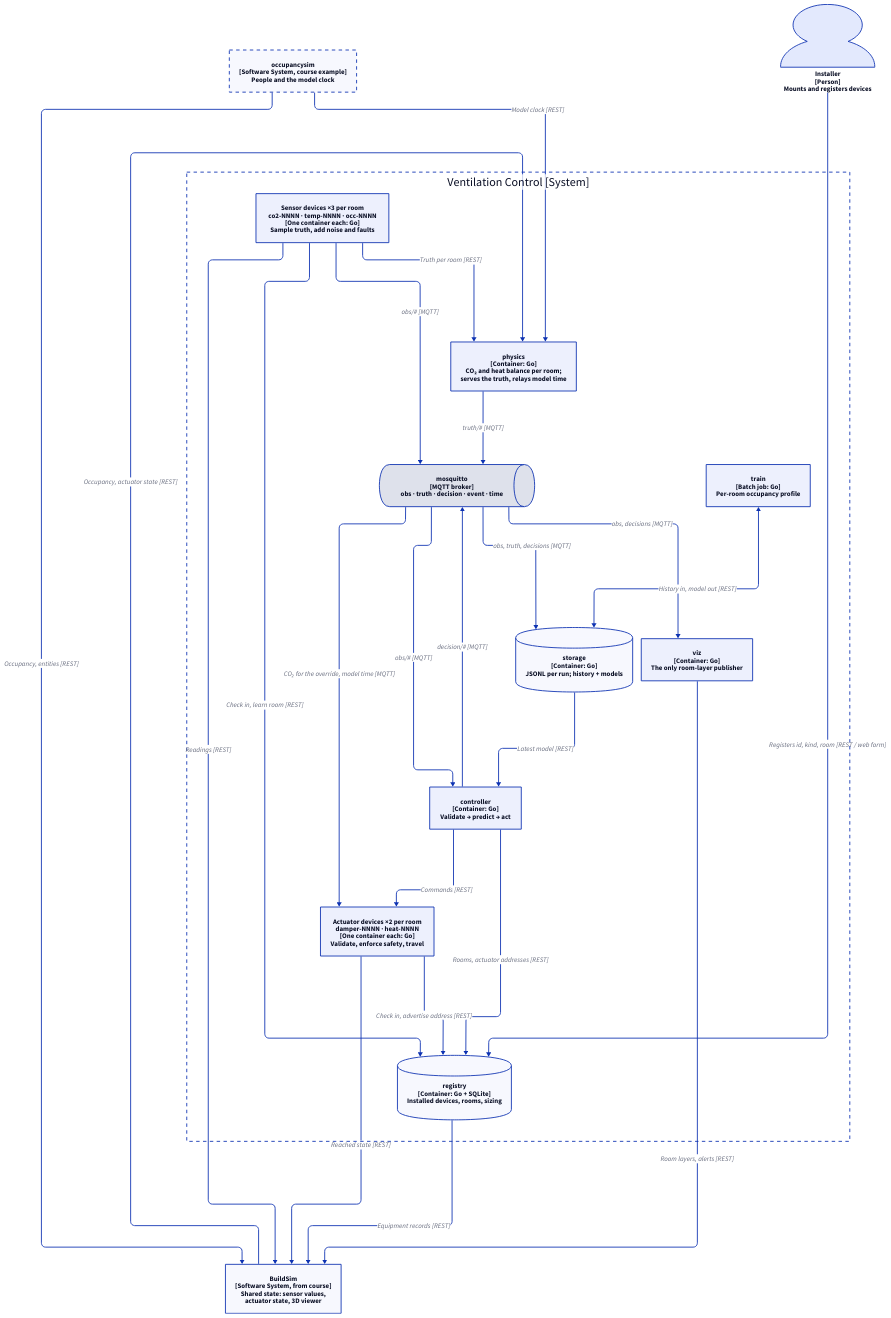
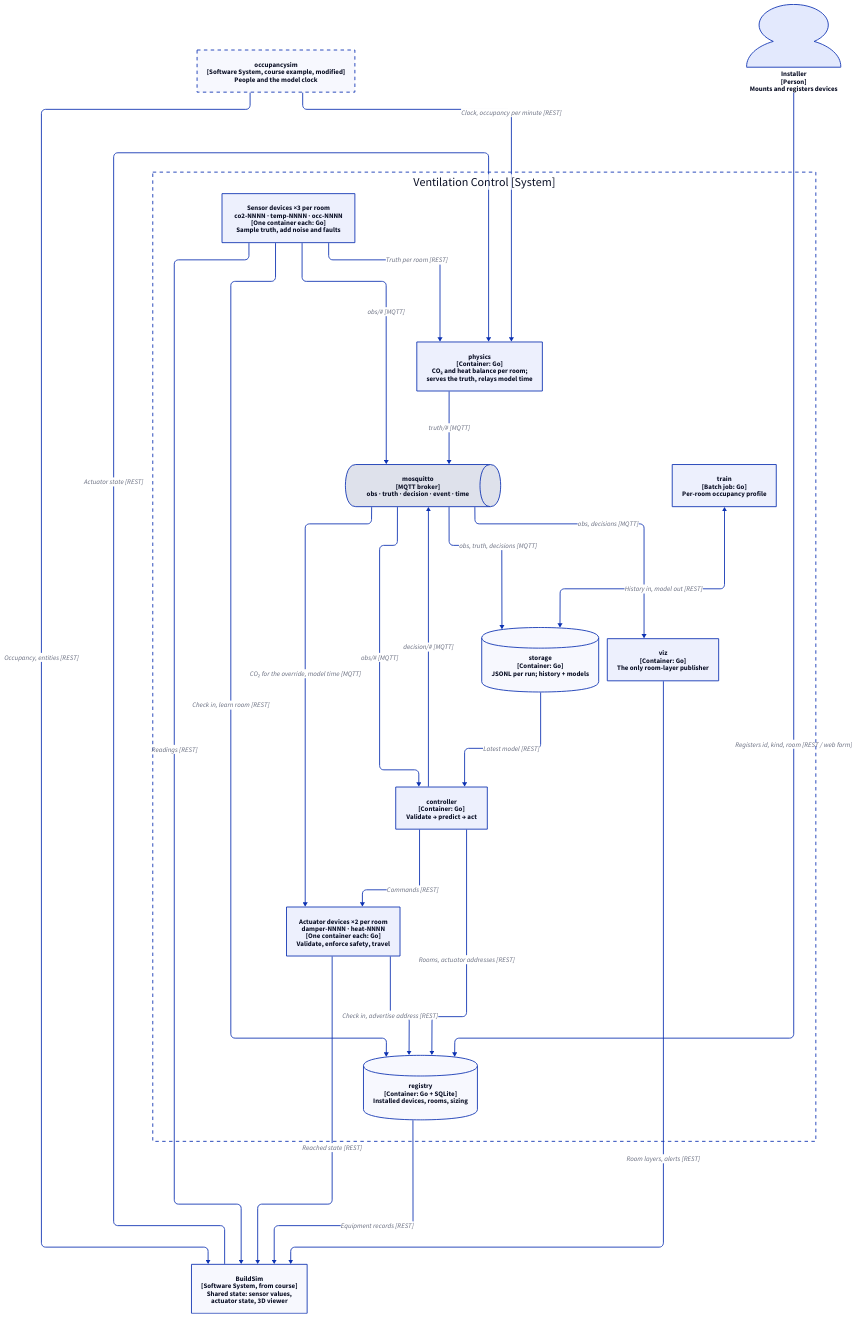
One commit to MisterD0ctor/d7065e-project changed the diagram in docs/diagrams/container.d2. Above: the diagram before and after it, drawn with D2. The commit also changed 27 other files, not shown here.

```diff
--- a/docs/diagrams/container.d2
+++ b/docs/diagrams/container.d2
@@ -1,59 +1,59 @@
 vars: {
   d2-config: {
     layout-engine: elk
   }
 }
 
 direction: down
 
 bs: "BuildSim\n[Software System, from course]\nShared state: sensor values,\nactuator state, 3D viewer"
-occ: "occupancysim\n[Software System, course example]\nPeople and the model clock" {
+occ: "occupancysim\n[Software System, course example, modified]\nPeople and the model clock" {
   style.stroke-dash: 4
 }
 installer: "Installer\n[Person]\nMounts and registers devices" {
   shape: person
 }
 
 sys: "Ventilation Control  [System]" {
   style.stroke-dash: 4
   style.fill: transparent
 
   physics: "physics\n[Container: Go]\nCO₂ and heat balance per room;\nserves the truth, relays model time"
   registry: "registry\n[Container: Go + SQLite]\nInstalled devices, rooms, sizing" {
     shape: cylinder
   }
   sensors: "Sensor devices ×3 per room\nco2-NNNN · temp-NNNN · occ-NNNN\n[One container each: Go]\nSample truth, add noise and faults"
   broker: "mosquitto\n[MQTT broker]\nobs · truth · decision · event · time" {
     shape: queue
   }
   controller: "controller\n[Container: Go]\nValidate → predict → act"
   actuators: "Actuator devices ×2 per room\ndamper-NNNN · heat-NNNN\n[One container each: Go]\nValidate, enforce safety, travel"
   storage: "storage\n[Container: Go]\nJSONL per run; history + models" {
     shape: cylinder
   }
   train: "train\n[Batch job: Go]\nPer-room occupancy profile"
   viz: "viz\n[Container: Go]\nThe only room-layer publisher"
 }
 
 installer -> sys.registry: "Registers id, kind, room [REST / web form]"
 occ -> bs: "Occupancy, entities [REST]"
-occ -> sys.physics: "Model clock [REST]"
-bs -> sys.physics: "Occupancy, actuator state [REST]"
+occ -> sys.physics: "Clock, occupancy per minute [REST]"
+bs -> sys.physics: "Actuator state [REST]"
 sys.sensors -> sys.registry: "Check in, learn room [REST]"
 sys.actuators -> sys.registry: "Check in, advertise address [REST]"
 sys.controller -> sys.registry: "Rooms, actuator addresses [REST]"
 sys.registry -> bs: "Equipment records [REST]"
 sys.sensors -> sys.physics: "Truth per room [REST]"
 sys.sensors -> bs: "Readings [REST]"
 sys.sensors -> sys.broker: "obs/# [MQTT]"
 sys.physics -> sys.broker: "truth/# [MQTT]"
 sys.broker -> sys.controller: "obs/# [MQTT]"
 sys.controller -> sys.broker: "decision/# [MQTT]"
 sys.controller -> sys.actuators: "Commands [REST]"
 sys.broker -> sys.actuators: "CO₂ for the override, model time [MQTT]"
 sys.actuators -> bs: "Reached state [REST]"
 sys.broker -> sys.storage: "obs, truth, decisions [MQTT]"
 sys.storage -> sys.controller: "Latest model [REST]"
 sys.train <-> sys.storage: "History in, model out [REST]"
 sys.broker -> sys.viz: "obs, decisions [MQTT]"
 sys.viz -> bs: "Room layers, alerts [REST]"
```
